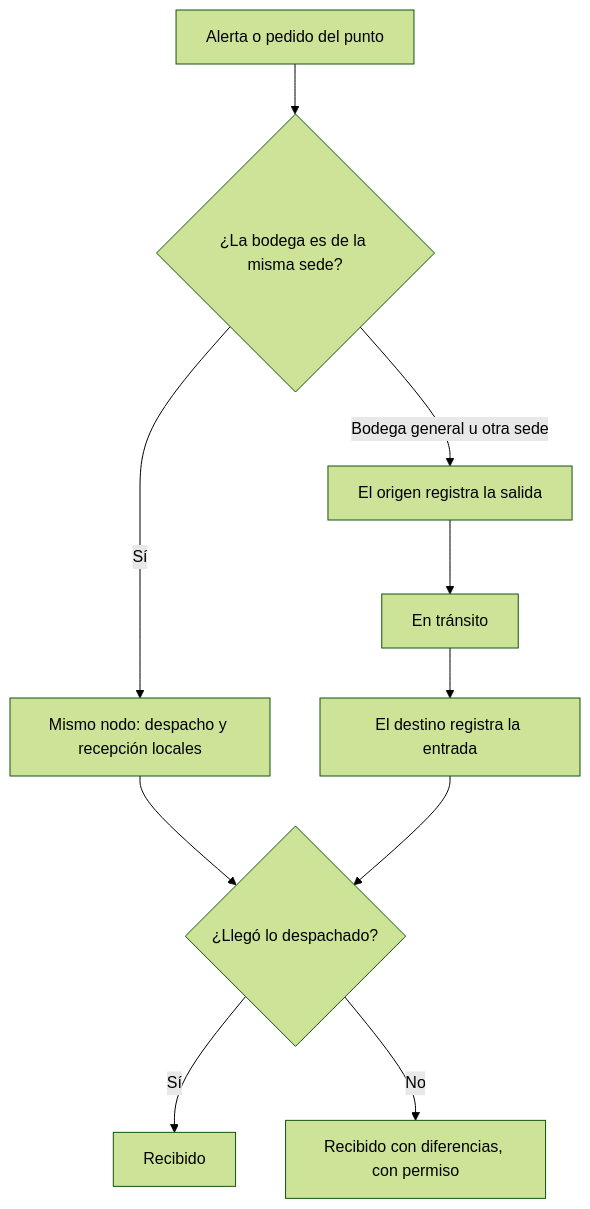
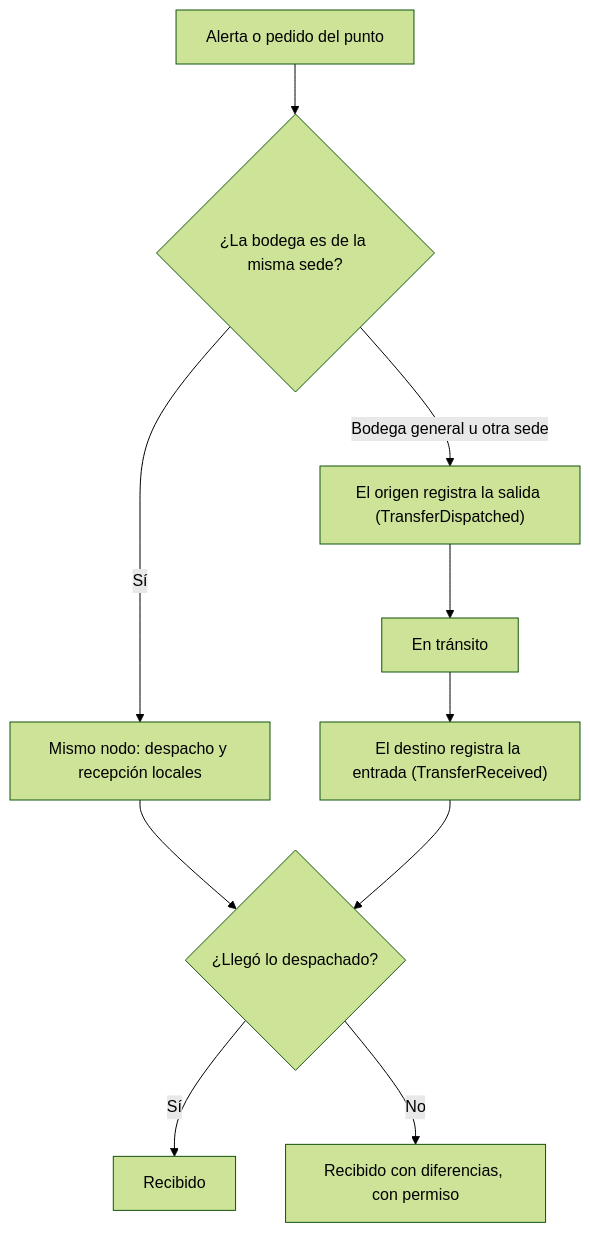
Before and after one commit to CesarJOtizM/blackHole: the third of 7 diagrams in docs/flujos/m4-inventario.md, drawn with Mermaid (forest theme). The commit also changed other lines of this file and 159 other files, not shown here.

````diff
--- a/docs/flujos/m4-inventario.md
+++ b/docs/flujos/m4-inventario.md
@@ -61,12 +60,12 @@
 ```mermaid
 flowchart TD
   A["Alerta o pedido del punto"] --> B{"¿La bodega es de la misma sede?"}
   B -->|Sí| C["Mismo nodo: despacho y recepción locales"]
-  B -->|"Bodega general u otra sede"| D["El origen registra la salida"]
+  B -->|"Bodega general u otra sede"| D["El origen registra la salida (TransferDispatched)"]
   D --> E["En tránsito"]
-  E --> F["El destino registra la entrada"]
+  E --> F["El destino registra la entrada (TransferReceived)"]
   C --> G{"¿Llegó lo despachado?"}
   F --> G
   G -->|Sí| H["Recibido"]
   G -->|No| I["Recibido con diferencias, con permiso"]
 ```
````
